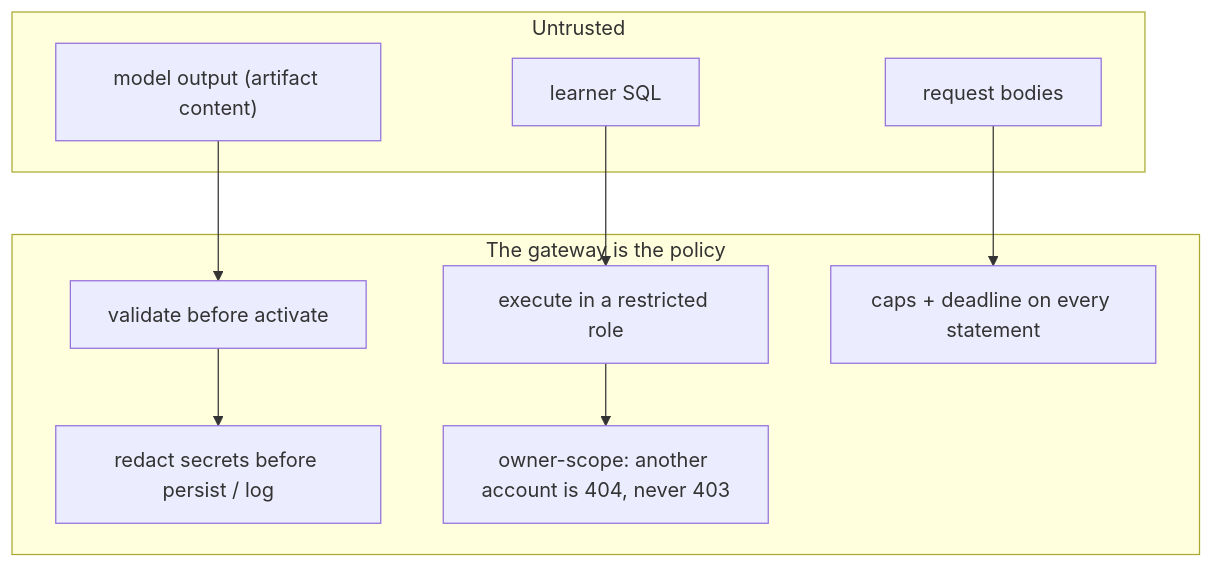
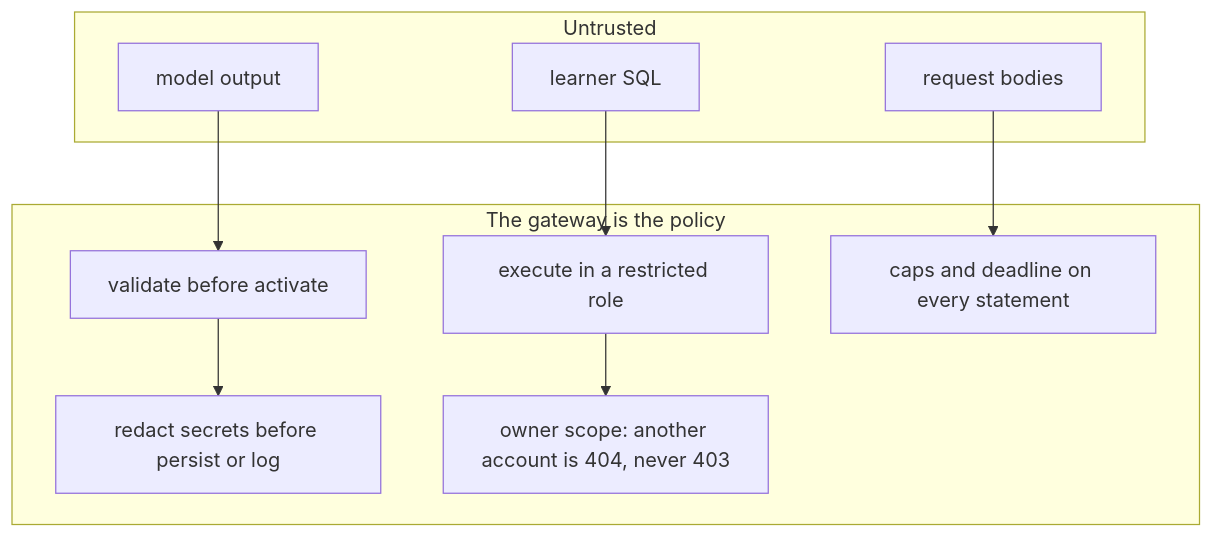
Before and after one commit to theakhandpatel/querycraft: the seventh of 8 diagrams in docs/architecture.md, drawn with Mermaid. The commit also changed other lines of this file and 21 other files, not shown here.

````diff
--- a/docs/architecture.md
+++ b/docs/architecture.md
@@ -251,20 +251,20 @@
 ```mermaid
 graph TB
   subgraph Untrusted["Untrusted"]
     U1["learner SQL"]
-    U2["model output (artifact content)"]
+    U2["model output"]
     U3["request bodies"]
   end
   subgraph Policy["The gateway is the policy"]
     P1["validate before activate"]
     P2["execute in a restricted role"]
-    P3["caps + deadline on every statement"]
-    P4["redact secrets before persist / log"]
-    P5["owner-scope: another account is 404, never 403"]
+    P3["caps and deadline on every statement"]
+    P4["redact secrets before persist or log"]
+    P5["owner scope: another account is 404, never 403"]
   end
   U1 --> P2
   U2 --> P1
   U3 --> P3
   P1 --> P4
   P2 --> P5
 ```
````
